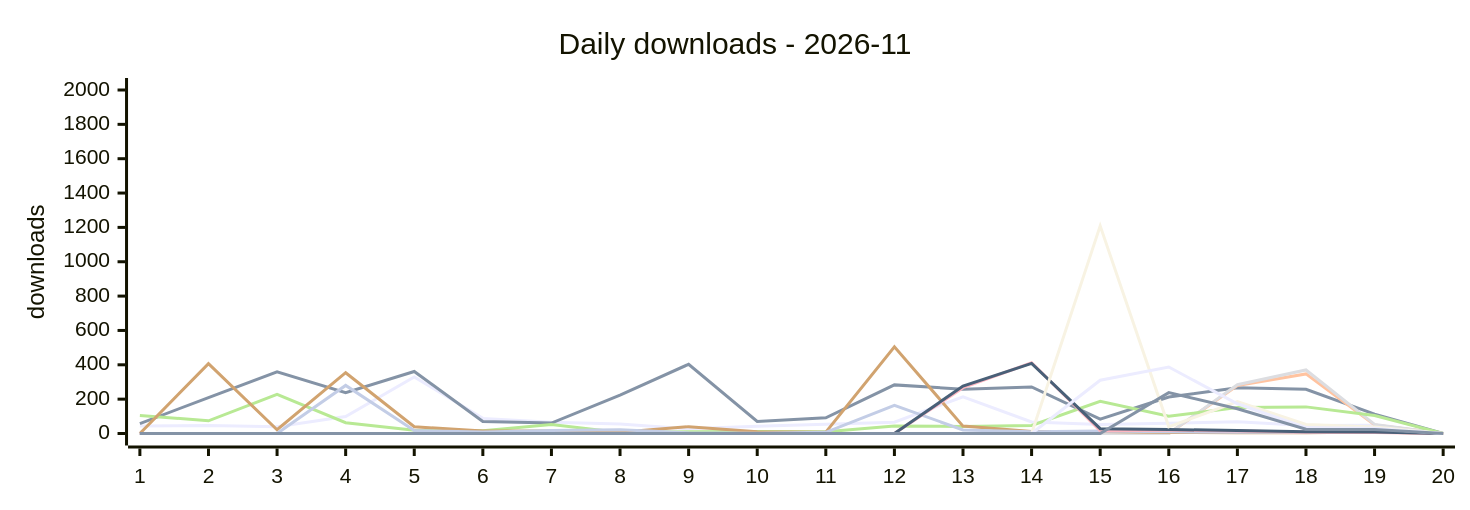
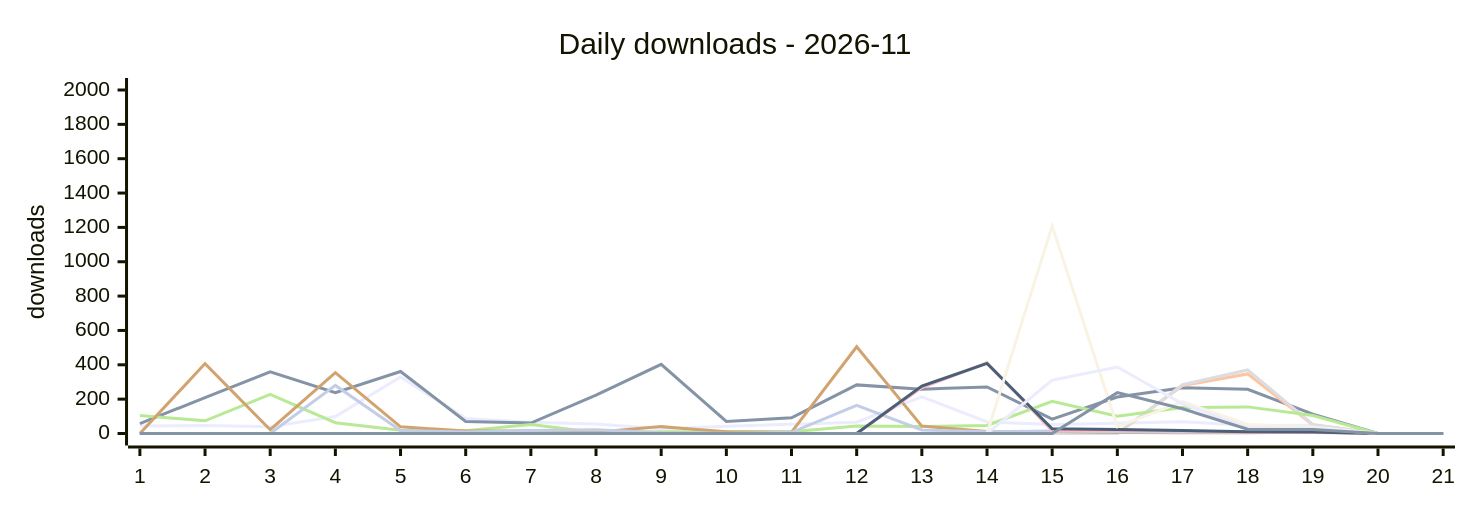
One commit to terry2010/npm-downloads-tracker changed the first of 2 diagrams in DASHBOARD.md. Above: the diagram before and after it, drawn with Mermaid. The commit also changed other lines of this file and 1 other file, not shown here.

````diff
--- a/DASHBOARD.md
+++ b/DASHBOARD.md
@@ -43,19 +43,19 @@
 ```mermaid
 %%{init: {'xyChart': {'width': 960, 'height': 320}}}%%
 xychart-beta
     title "Daily downloads - 2026-11"
-    x-axis ["1", "2", "3", "4", "5", "6", "7", "8", "9", "10", "11", "12", "13", "14", "15", "16", "17", "18", "19", "20"]
+    x-axis ["1", "2", "3", "4", "5", "6", "7", "8", "9", "10", "11", "12", "13", "14", "15", "16", "17", "18", "19", "20", "21"]
     y-axis "downloads" 0 --> 2000
-    line "dsh-loop-recover" [43, 46, 39, 99, 329, 88, 66, 56, 27, 42, 54, 66, 214, 67, 53, 59, 69, 46, 48, 0]
-    line "dsh-rss-news-daily" [58, 209, 359, 237, 361, 70, 61, 224, 403, 70, 91, 283, 258, 271, 84, 212, 266, 257, 113, 0]
-    line "dsh-rss-news-flash-kuaixun" [0, 0, 0, 0, 0, 0, 0, 0, 0, 0, 0, 0, 0, 0, 0, 0, 279, 347, 50, 0]
-    line "dsh-rss-news-browser-fetch" [0, 0, 0, 0, 0, 0, 0, 0, 0, 0, 0, 0, 0, 0, 0, 0, 284, 370, 53, 0]
-    line "opencode-loop-recover" [105, 74, 228, 63, 19, 16, 52, 6, 10, 11, 10, 43, 41, 47, 187, 100, 151, 155, 105, 0]
-    line "oc-market-quail-zephyr-72a0" [0, 407, 22, 354, 39, 14, 15, 7, 40, 10, 8, 505, 43, 12, 11, 6, 5, 5, 9, 0]
-    line "awesome-opencode-market" [0, 0, 0, 280, 17, 9, 17, 22, 4, 1, 7, 164, 21, 10, 15, 10, 7, 8, 11, 0]
-    line "surfbird" [0, 0, 0, 0, 0, 0, 0, 0, 0, 0, 0, 0, 267, 412, 16, 19, 15, 8, 6, 0]
-    line "surfbird-mcp" [0, 0, 0, 0, 0, 0, 0, 0, 0, 0, 0, 0, 276, 408, 28, 23, 18, 10, 9, 0]
-    line "dsh-control-surfbird-for-kitesurf" [0, 0, 0, 0, 0, 0, 0, 0, 0, 0, 0, 0, 0, 0, 1209, 39, 186, 53, 38, 0]
-    line "opencode-control-surfbird-for-kitesurf" [0, 0, 0, 0, 0, 0, 0, 0, 0, 0, 0, 0, 0, 0, 310, 387, 173, 34, 30, 0]
-    line "pi-control-surfbird-for-kitesurf" [0, 0, 0, 0, 0, 0, 0, 0, 0, 0, 0, 0, 0, 0, 0, 238, 144, 25, 24, 0]
+    line "dsh-loop-recover" [43, 46, 39, 99, 329, 88, 66, 56, 27, 42, 54, 66, 214, 67, 53, 59, 69, 46, 48, 0, 0]
+    line "dsh-rss-news-daily" [58, 209, 359, 237, 361, 70, 61, 224, 403, 70, 91, 283, 258, 271, 84, 212, 266, 257, 113, 0, 0]
+    line "dsh-rss-news-flash-kuaixun" [0, 0, 0, 0, 0, 0, 0, 0, 0, 0, 0, 0, 0, 0, 0, 0, 279, 347, 50, 0, 0]
+    line "dsh-rss-news-browser-fetch" [0, 0, 0, 0, 0, 0, 0, 0, 0, 0, 0, 0, 0, 0, 0, 0, 284, 370, 53, 0, 0]
+    line "opencode-loop-recover" [105, 74, 228, 63, 19, 16, 52, 6, 10, 11, 10, 43, 41, 47, 187, 100, 151, 155, 105, 0, 0]
+    line "oc-market-quail-zephyr-72a0" [0, 407, 22, 354, 39, 14, 15, 7, 40, 10, 8, 505, 43, 12, 11, 6, 5, 5, 9, 0, 0]
+    line "awesome-opencode-market" [0, 0, 0, 280, 17, 9, 17, 22, 4, 1, 7, 164, 21, 10, 15, 10, 7, 8, 11, 0, 0]
+    line "surfbird" [0, 0, 0, 0, 0, 0, 0, 0, 0, 0, 0, 0, 267, 412, 16, 19, 15, 8, 6, 0, 0]
+    line "surfbird-mcp" [0, 0, 0, 0, 0, 0, 0, 0, 0, 0, 0, 0, 276, 408, 28, 23, 18, 10, 9, 0, 0]
+    line "dsh-control-surfbird-for-kitesurf" [0, 0, 0, 0, 0, 0, 0, 0, 0, 0, 0, 0, 0, 0, 1209, 39, 186, 53, 38, 0, 0]
+    line "opencode-control-surfbird-for-kitesurf" [0, 0, 0, 0, 0, 0, 0, 0, 0, 0, 0, 0, 0, 0, 310, 387, 173, 34, 30, 0, 0]
+    line "pi-control-surfbird-for-kitesurf" [0, 0, 0, 0, 0, 0, 0, 0, 0, 0, 0, 0, 0, 0, 0, 238, 144, 25, 24, 0, 0]
 ```
````
